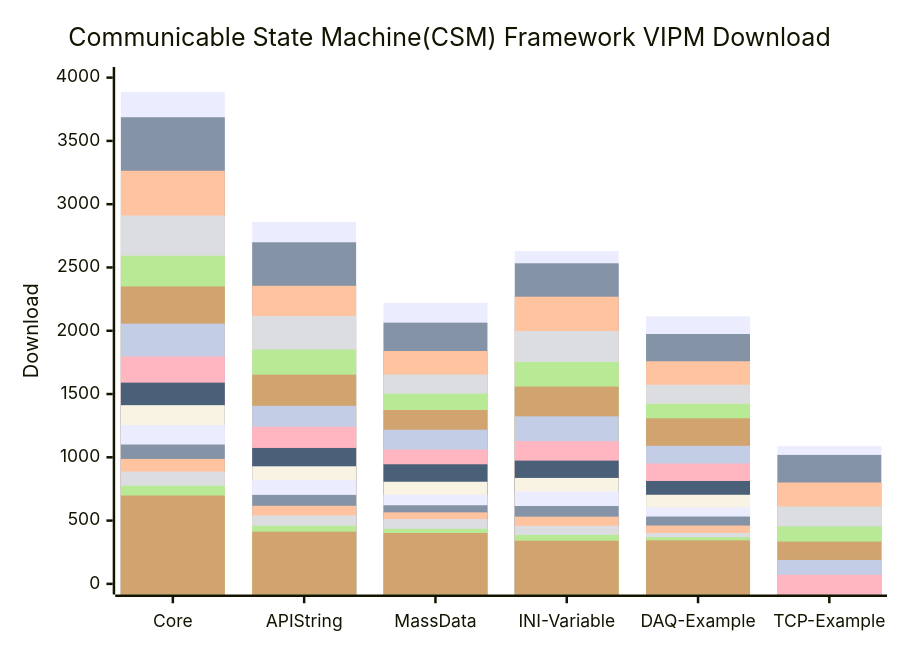
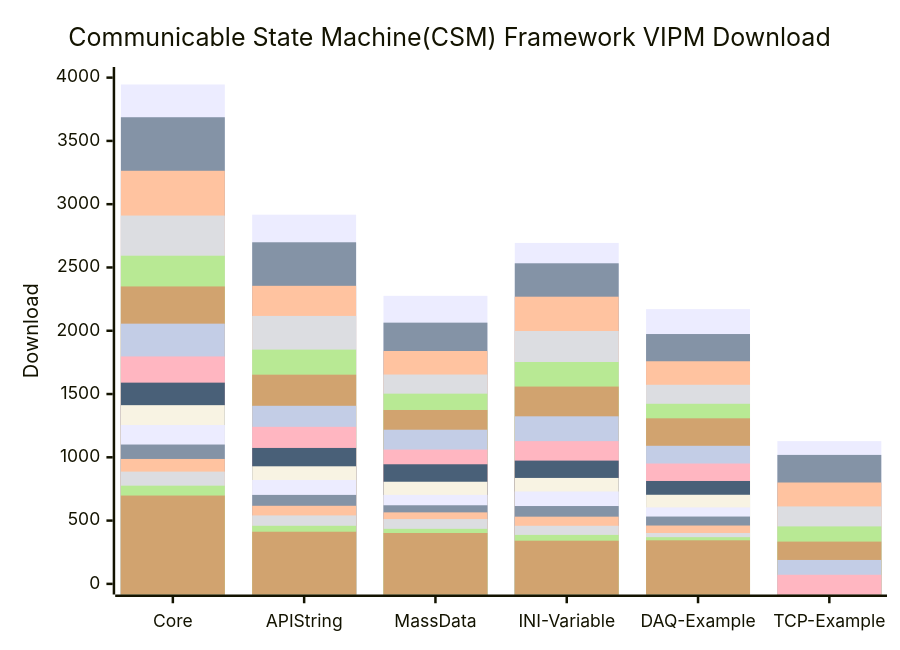
Before and after one commit to NEVSTOP-LAB/.github: the diagram in profile/README.md, drawn with Mermaid.

````diff
--- a/profile/README.md
+++ b/profile/README.md
@@ -31,22 +31,22 @@
 ```mermaid
     xychart-beta
     title "Communicable State Machine(CSM) Framework VIPM Download"
     x-axis [Core, API String, MassData, INI-Variable, DAQ-Example, TCP-Example]
     y-axis "Download" 0 --> 4000
-    bar   [3885, 2860, 2221, 2629, 2114, 1088]
+    bar   [3946, 2917, 2276, 2694, 2171, 1128]
     bar   [3687, 2699, 2064, 2533, 1974, 1019]
     bar   [3264, 2355, 1840, 2269, 1759, 801]
     bar   [2910, 2117, 1654, 1998, 1573, 612]
     bar   [2593, 1851, 1503, 1753, 1423, 454]
     bar   [2350, 1653, 1374, 1559, 1308, 334]
     bar   [2056, 1407, 1218, 1324, 1091, 189]
     bar   [1797, 1241, 1061, 1128, 951, 72]
     bar   [1590, 1074, 945, 974, 813]
     bar   [1412, 929, 807, 837, 704]
     bar   [1255, 821, 703, 730, 604]
     bar   [1101, 703, 621, 615, 532]
     bar   [987, 617, 565, 531, 461]
     bar   [887, 541, 512, 459, 402]
     bar   [776, 459, 435, 387, 369]
     bar   [698, 412, 402, 341, 344]
 ```
````
